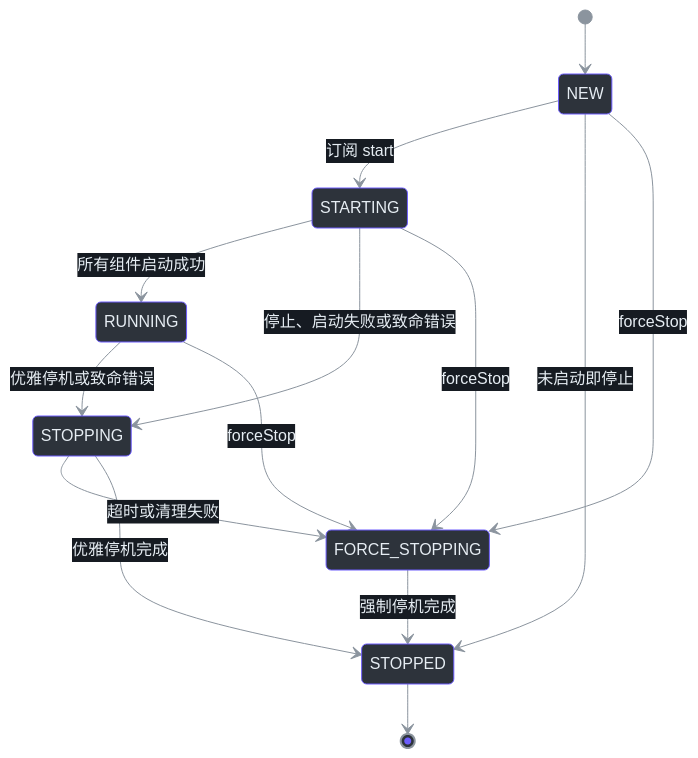
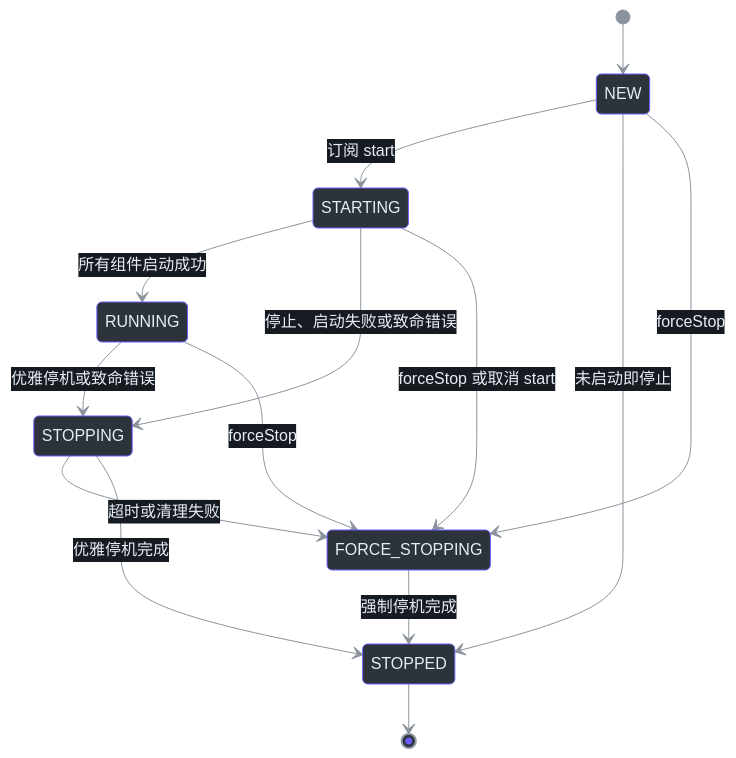
One commit to Ahoo-Wang/Wow changed the second of 5 diagrams in documentation/docs/zh/guide/advanced/runtime-lifecycle.md. Above: the diagram before and after it, drawn with Mermaid. The commit also changed other lines of this file and 55 other files, not shown here.

````diff
--- a/documentation/docs/zh/guide/advanced/runtime-lifecycle.md
+++ b/documentation/docs/zh/guide/advanced/runtime-lifecycle.md
@@ -115,20 +118,20 @@
 ```mermaid
 %%{init: {"theme":"base","themeVariables":{"primaryColor":"#2d333b","primaryBorderColor":"#6d5dfc","primaryTextColor":"#e6edf3","lineColor":"#8b949e","secondaryColor":"#161b22","tertiaryColor":"#161b22"}}}%%
 stateDiagram-v2
     [*] --> NEW
     NEW --> STARTING: 订阅 start
     STARTING --> RUNNING: 所有组件启动成功
     NEW --> STOPPED: 未启动即停止
     NEW --> FORCE_STOPPING: forceStop
     STARTING --> STOPPING: 停止、启动失败或致命错误
     RUNNING --> STOPPING: 优雅停机或致命错误
-    STARTING --> FORCE_STOPPING: forceStop
+    STARTING --> FORCE_STOPPING: forceStop 或取消 start
     RUNNING --> FORCE_STOPPING: forceStop
     STOPPING --> FORCE_STOPPING: 超时或清理失败
     STOPPING --> STOPPED: 优雅停机完成
     FORCE_STOPPING --> STOPPED: 强制停机完成
     STOPPED --> [*]
 
     classDef runtime fill:#2d333b,stroke:#6d5dfc,color:#e6edf3
     class NEW,STARTING,RUNNING,STOPPING,FORCE_STOPPING,STOPPED runtime
 ```
````
